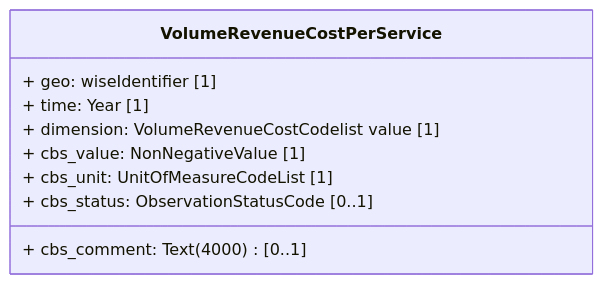
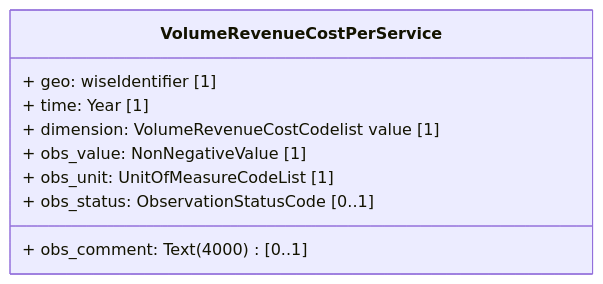
Before and after one commit to eeadata/WISE.WFD.Documentation: the diagram in docs/DataModelReview/mmd/EconomicAnalysis_Volume.mmd, drawn with Mermaid. The commit also changed 22 other files, not shown here.

```diff
--- a/docs/DataModelReview/mmd/EconomicAnalysis_Volume.mmd
+++ b/docs/DataModelReview/mmd/EconomicAnalysis_Volume.mmd
@@ -1,12 +1,12 @@
 classDiagram
     direction TB
 
     class VolumeRevenueCostPerService {
         + geo: wiseIdentifier [1]
         + time: Year [1]
         + dimension: VolumeRevenueCostCodelist value [1]
-        + cbs_value: NonNegativeValue [1]
-        + cbs_unit: UnitOfMeasureCodeList [1]
-        + cbs_status: ObservationStatusCode [0..1]
-        + cbs_comment: Text(4000) [0..1]
+        + obs_value: NonNegativeValue [1]
+        + obs_unit: UnitOfMeasureCodeList [1]
+        + obs_status: ObservationStatusCode [0..1]
+        + obs_comment: Text(4000) [0..1]
     }
```
